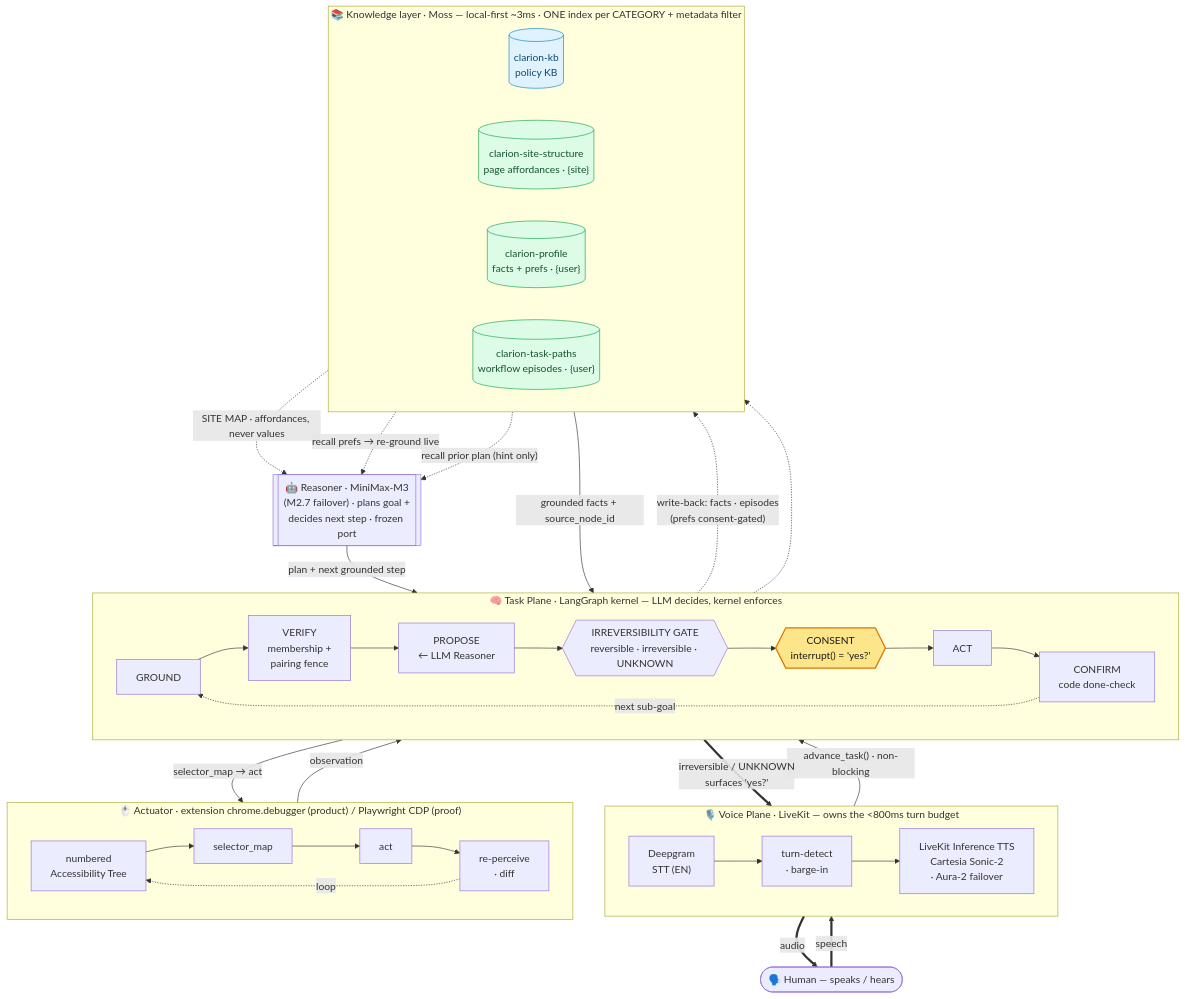
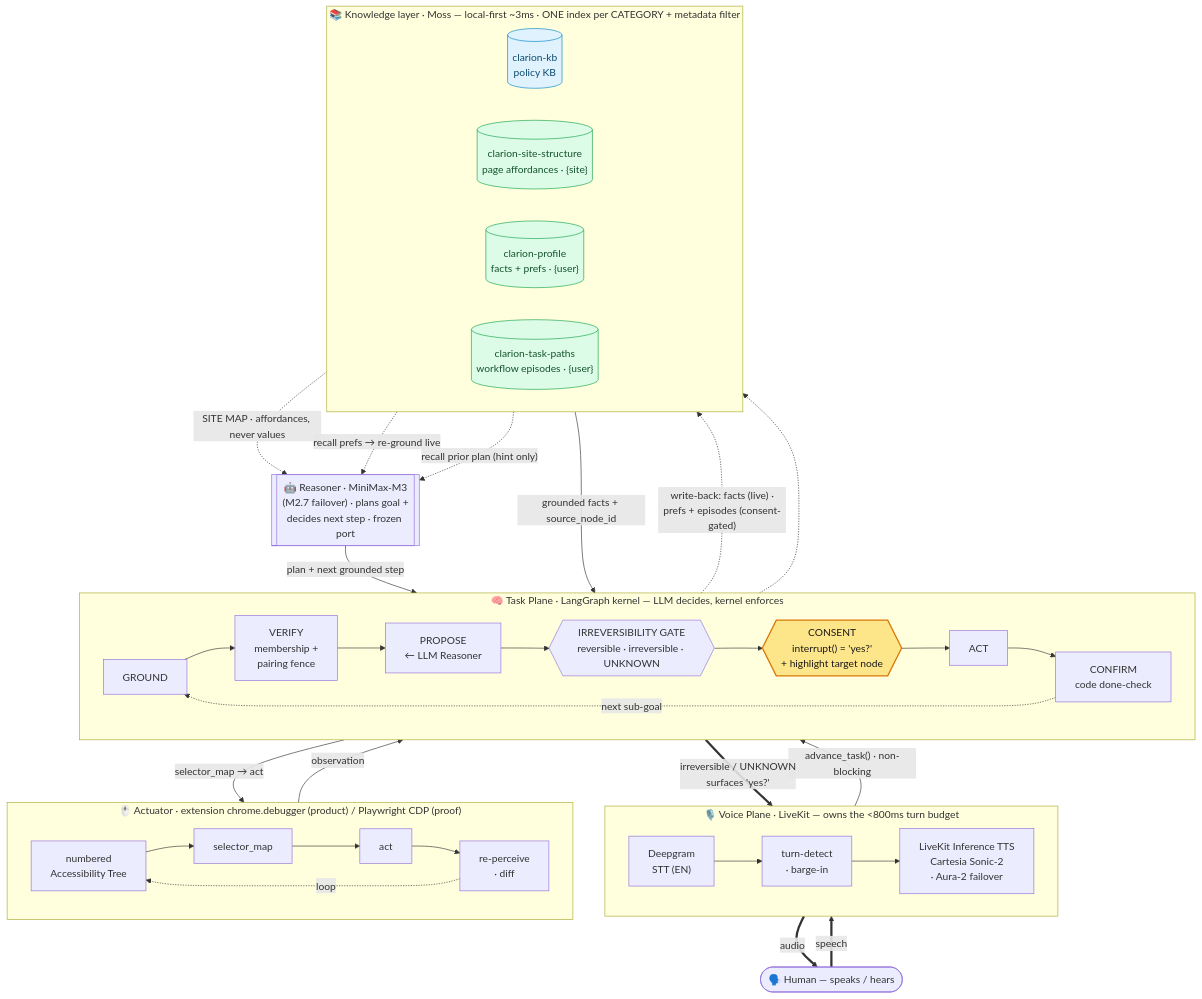
Before and after one commit to blueif16/clarion: the diagram in README.md, drawn with Mermaid. The commit also changed other lines of this file and 2 other files, not shown here.

````diff
--- a/README.md
+++ b/README.md
@@ -36,53 +36,53 @@
 ```mermaid
 flowchart TB
     human(["🗣️  Human — speaks / hears"])
 
     subgraph VOICE["🎙️ Voice Plane · LiveKit — owns the &lt;800ms turn budget"]
         direction LR
         STT["Deepgram<br/>STT (EN)"] --> TURN["turn-detect<br/>· barge-in"] --> TTS["LiveKit Inference TTS<br/>Cartesia Sonic-2<br/>· Aura-2 failover"]
     end
 
     subgraph TASK["🧠 Task Plane · LangGraph kernel — LLM decides, kernel enforces"]
         direction LR
-        G["GROUND"] --> V["VERIFY<br/>membership +<br/>pairing fence"] --> P["PROPOSE<br/>← LLM Reasoner"] --> IG{{"IRREVERSIBILITY GATE<br/>reversible · irreversible · UNKNOWN"}} --> C{{"CONSENT<br/>interrupt() = 'yes?'"}} --> A["ACT"] --> CF["CONFIRM<br/>code done-check"]
+        G["GROUND"] --> V["VERIFY<br/>membership +<br/>pairing fence"] --> P["PROPOSE<br/>← LLM Reasoner"] --> IG{{"IRREVERSIBILITY GATE<br/>reversible · irreversible · UNKNOWN"}} --> C{{"CONSENT<br/>interrupt() = 'yes?'<br/>+ highlight target node"}} --> A["ACT"] --> CF["CONFIRM<br/>code done-check"]
         CF -.->|"next sub-goal"| G
     end
 
     subgraph ACTU["🖱️ Actuator · extension chrome.debugger (product) / Playwright CDP (proof)"]
         direction LR
         AX["numbered<br/>Accessibility Tree"] --> SM["selector_map"] --> AC["act"] --> RP["re-perceive<br/>· diff"]
         RP -.->|"loop"| AX
     end
 
     subgraph KNOW["📚 Knowledge layer · Moss — local-first ~3ms · ONE index per CATEGORY + metadata filter"]
         direction LR
         KB[("clarion-kb<br/>policy KB")]
         SITE[("clarion-site-structure<br/>page affordances · {site}")]
         PROF[("clarion-profile<br/>facts + prefs · {user}")]
         PATHS[("clarion-task-paths<br/>workflow episodes · {user}")]
     end
 
     REASONER[["🤖 Reasoner · MiniMax-M3<br/>(M2.7 failover) · plans goal +<br/>decides next step · frozen port"]]
 
     human ==>|"speech"| STT
     TTS ==>|"audio"| human
     TURN -->|"advance_task() · non-blocking"| G
     IG ==>|"irreversible / UNKNOWN<br/>surfaces 'yes?'"| TTS
     KB -->|"grounded facts + source_node_id"| G
     REASONER -->|"plan + next grounded step"| P
     P -->|"selector_map → act"| SM
     RP -->|"observation"| V
 
     SITE -.->|"SITE MAP · affordances, never values"| REASONER
     PROF -.->|"recall prefs → re-ground live"| REASONER
     PATHS -.->|"recall prior plan (hint only)"| REASONER
-    CF -.->|"write-back: facts · episodes<br/>(prefs consent-gated)"| PROF
+    CF -.->|"write-back: facts (live) ·<br/>prefs + episodes (consent-gated)"| PROF
     CF -.-> PATHS
 
     classDef gate fill:#fde68a,stroke:#d97706,stroke-width:2px,color:#1c1917;
     classDef store fill:#e0f2fe,stroke:#0284c7,color:#0c4a6e;
     classDef mem fill:#dcfce7,stroke:#16a34a,color:#14532d;
     class C gate
     class KB store
     class SITE,PROF,PATHS mem
 ```
````
